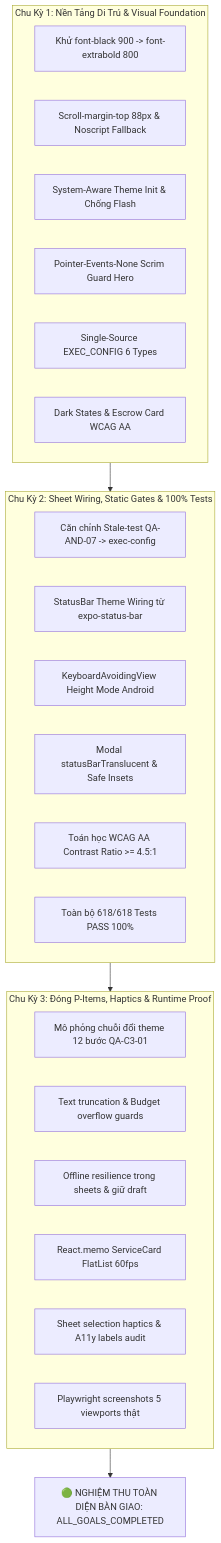
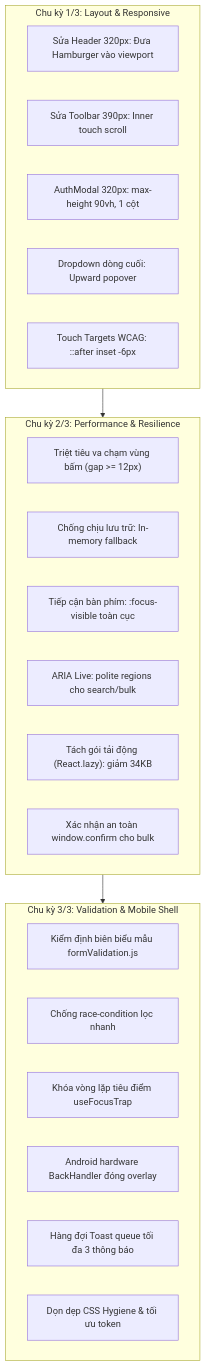
Before and after one commit to ThaiTu-cmd/WorkGo: the diagram in REPORT.md, drawn with Mermaid. The commit also changed other lines of this file and 547 other files, not shown here.

````diff
--- a/REPORT.md
+++ b/REPORT.md
@@ -51,33 +24,31 @@
 ```mermaid
 flowchart TD
-    subgraph Cycle1["Chu Kỳ 1: Nền Tảng Di Trú & Visual Foundation"]
-        C1_1["Khử font-black 900 -> font-extrabold 800"]
-        C1_2["Scroll-margin-top 88px & Noscript Fallback"]
-        C1_3["System-Aware Theme Init & Chống Flash"]
-        C1_4["Pointer-Events-None Scrim Guard Hero"]
-        C1_5["Single-Source EXEC_CONFIG 6 Types"]
-        C1_6["Dark States & Escrow Card WCAG AA"]
+    subgraph Cycle1["Chu kỳ 1/3: Layout & Responsive"]
+        C1_1["Sửa Header 320px: Đưa Hamburger vào viewport"]
+        C1_2["Sửa Toolbar 390px: Inner touch scroll"]
+        C1_3["AuthModal 320px: max-height 90vh, 1 cột"]
+        C1_4["Dropdown dòng cuối: Upward popover"]
+        C1_5["Touch Targets WCAG: ::after inset -6px"]
     end
 
-    subgraph Cycle2["Chu Kỳ 2: Sheet Wiring, Static Gates & 100% Tests"]
-        C2_1["Căn chỉnh Stale-test QA-AND-07 -> exec-config"]
-        C2_2["StatusBar Theme Wiring từ expo-status-bar"]
-        C2_3["KeyboardAvoidingView Height Mode Android"]
-        C2_4["Modal statusBarTranslucent & Safe Insets"]
-        C2_5["Toán học WCAG AA Contrast Ratio >= 4.5:1"]
-        C2_6["Toàn bộ 618/618 Tests PASS 100%"]
+    subgraph Cycle2["Chu kỳ 2/3: Performance & Resilience"]
+        C2_1["Triệt tiêu va chạm vùng bấm (gap >= 12px)"]
+        C2_2["Chống chịu lưu trữ: In-memory fallback"]
+        C2_3["Tiếp cận bàn phím: :focus-visible toàn cục"]
+        C2_4["ARIA Live: polite regions cho search/bulk"]
+        C2_5["Tách gói tải động (React.lazy): giảm 34KB"]
+        C2_6["Xác nhận an toàn window.confirm cho bulk"]
     end
 
-    subgraph Cycle3["Chu Kỳ 3: Đóng P-Items, Haptics & Runtime Proof"]
-        C3_1["Mô phỏng chuỗi đổi theme 12 bước QA-C3-01"]
-        C3_2["Text truncation & Budget overflow guards"]
-        C3_3["Offline resilience trong sheets & giữ draft"]
-        C3_4["React.memo ServiceCard FlatList 60fps"]
-        C3_5["Sheet selection haptics & A11y labels audit"]
-        C3_6["Playwright screenshots 5 viewports thật"]
+    subgraph Cycle3["Chu kỳ 3/3: Validation & Mobile Shell"]
+        C3_1["Kiểm định biên biểu mẫu formValidation.js"]
+        C3_2["Chống race-condition lọc nhanh"]
+        C3_3["Khóa vòng lặp tiêu điểm useFocusTrap"]
+        C3_4["Android hardware BackHandler đóng overlay"]
+        C3_5["Hàng đợi Toast queue tối đa 3 thông báo"]
+        C3_6["Dọn dẹp CSS Hygiene & tối ưu token"]
     end
 
     Cycle1 --> Cycle2
     Cycle2 --> Cycle3
-    Cycle3 --> FinalApproval["🟢 NGHIỆM THU TOÀN DIỆN BÀN GIAO: ALL_GOALS_COMPLETED"]
 ```
````
